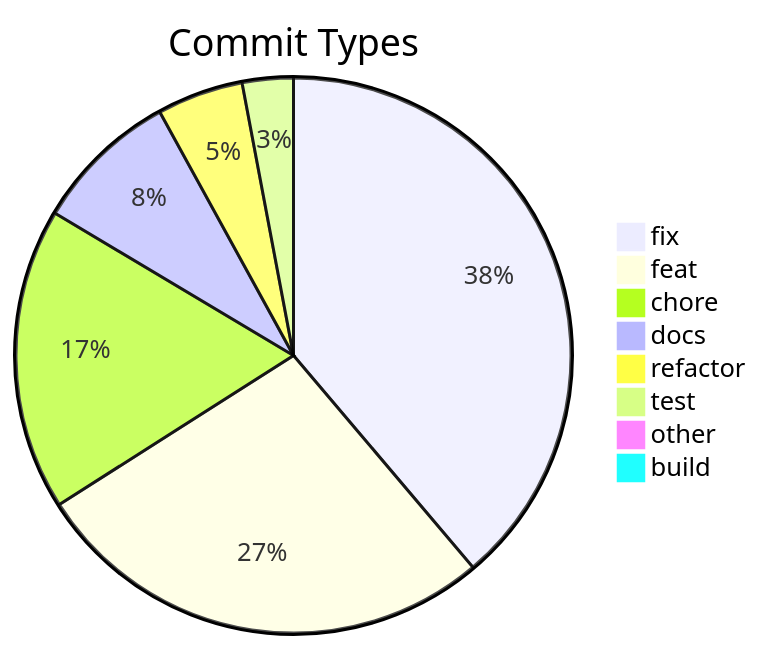
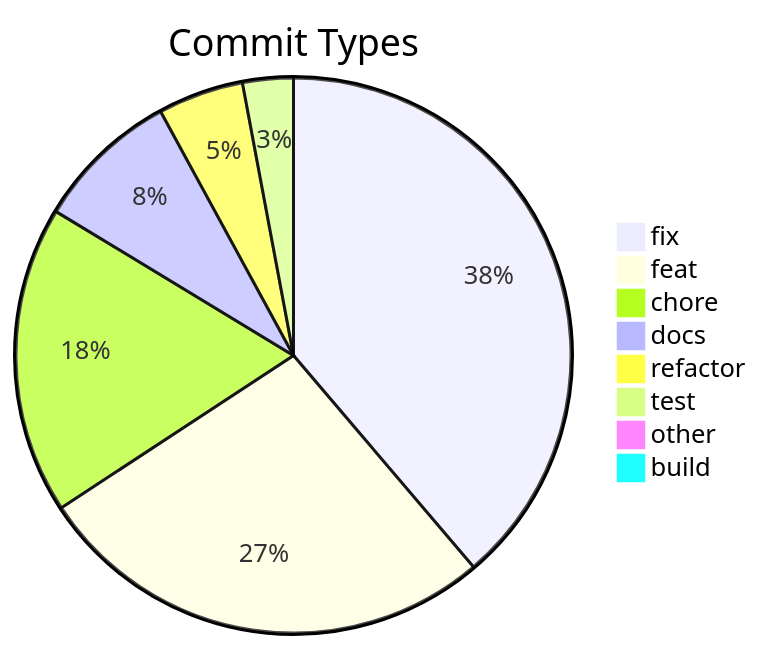
Before and after one commit to svenroth-ai/shipwright-webui: the diagram in .shipwright/compliance/change-history.md, drawn with Mermaid. The commit also changed other lines of this file and 32 other files, not shown here.

````diff
--- a/.shipwright/compliance/change-history.md
+++ b/.shipwright/compliance/change-history.md
@@ -8,11 +8,11 @@
 ```mermaid
 pie title Commit Types
-    "fix" : 170
+    "fix" : 171
     "feat" : 119
-    "chore" : 77
+    "chore" : 79
     "docs" : 37
     "refactor" : 22
     "test" : 13
     "other" : 4
     "build" : 1
 ```
````
